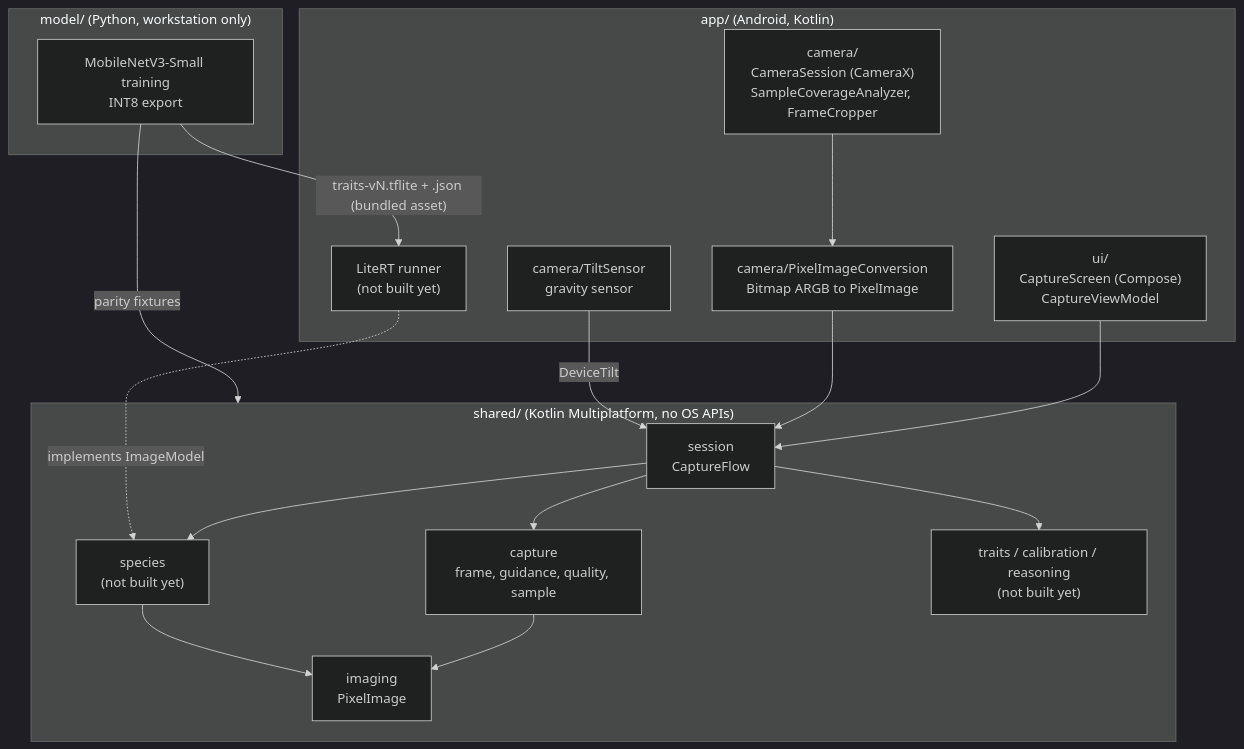
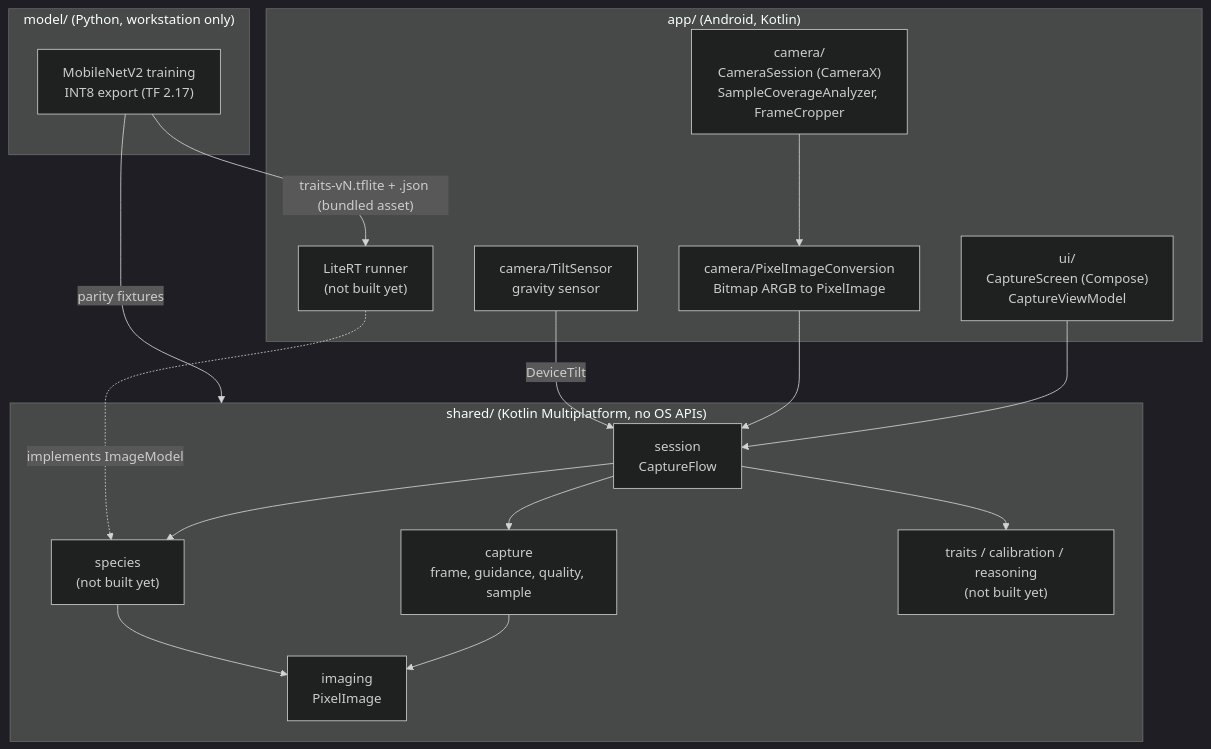
Before and after one commit to devabdullahi/Application-for-Sorghum-phenotype-identification-: the diagram in docs/flows/01-system-overview.mermaid, drawn with Mermaid (dark theme). The commit also changed 4 other files, not shown here.

First line of the commit message:
docs: ADR-0010, MobileNetV2 backbone converted with TensorFlow 2.17

```diff
--- a/docs/flows/01-system-overview.mermaid
+++ b/docs/flows/01-system-overview.mermaid
@@ -1,34 +1,34 @@
 %% Status: target design (ARCHITECTURE.md section 3). Today only capture, imaging and session exist in shared/.
 %% Arrows are compile-time dependencies. Dotted arrows: native code implements a port defined in shared/.
 flowchart TB
     subgraph Android["app/ (Android, Kotlin)"]
         UI["ui/<br/>CaptureScreen (Compose)<br/>CaptureViewModel"]
         CAM["camera/<br/>CameraSession (CameraX)<br/>SampleCoverageAnalyzer, FrameCropper"]
         TILT["camera/TiltSensor<br/>gravity sensor"]
         CONV["camera/PixelImageConversion<br/>Bitmap ARGB to PixelImage"]
         RUN["LiteRT runner<br/>(not built yet)"]
     end
 
     subgraph Shared["shared/ (Kotlin Multiplatform, no OS APIs)"]
         SES["session<br/>CaptureFlow"]
         CAP["capture<br/>frame, guidance, quality, sample"]
         SP["species<br/>(not built yet)"]
         TR["traits / calibration / reasoning<br/>(not built yet)"]
         IMG["imaging<br/>PixelImage"]
     end
 
     subgraph Model["model/ (Python, workstation only)"]
-        TRAIN["MobileNetV3-Small training<br/>INT8 export"]
+        TRAIN["MobileNetV2 training<br/>INT8 export (TF 2.17)"]
     end
 
     UI --> SES
     CAM --> CONV --> SES
     TILT -- "DeviceTilt" --> SES
     SES --> CAP
     SES --> SP
     SES --> TR
     CAP --> IMG
     SP --> IMG
     RUN -. "implements ImageModel" .-> SP
     TRAIN -- "traits-vN.tflite + .json (bundled asset)" --> RUN
     TRAIN -- "parity fixtures" --> Shared
```
